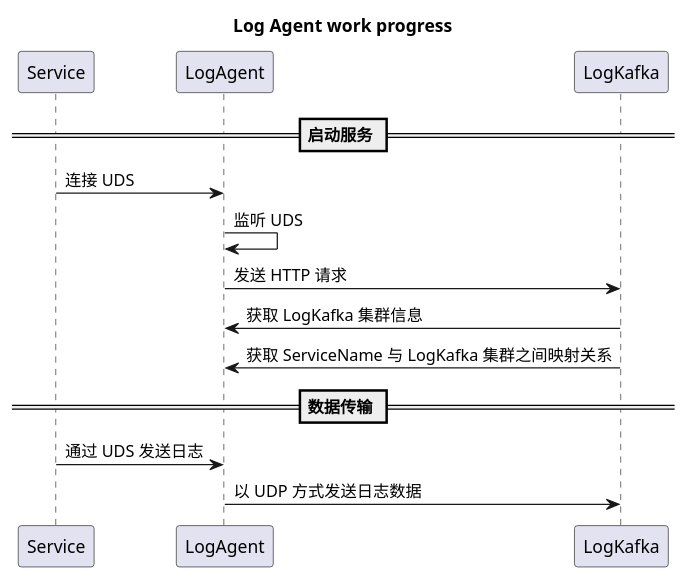
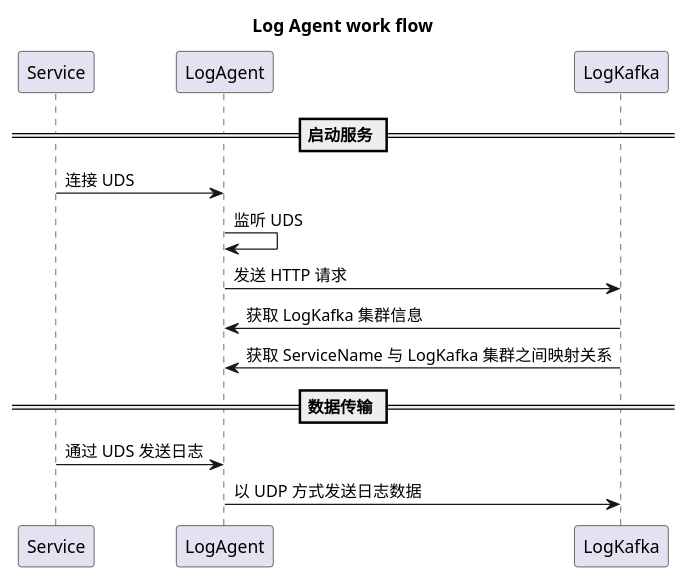
One commit to AlexStocks/alexstocks.github.io changed the diagram in pic/log/log_agent.puml. Above: the diagram before and after it, drawn with PlantUML. The commit also changed 5 other files, not shown here.

Commit message:
Mod: progress -> flow

```diff
--- a/pic/log/log_agent.puml
+++ b/pic/log/log_agent.puml
@@ -1,16 +1,16 @@
 @startuml
-title Log Agent work progress
+title Log Agent work flow
 
 == 启动服务 ==
 
 Service -> LogAgent: 连接 UDS
 LogAgent -> LogAgent: 监听 UDS
 LogAgent -> LogKafka: 发送 HTTP 请求
 LogAgent <- LogKafka: 获取 LogKafka 集群信息
 LogAgent <- LogKafka: 获取 ServiceName 与 LogKafka 集群之间映射关系
 
 == 数据传输 ==
 Service -> LogAgent: 通过 UDS 发送日志
 LogAgent -> LogKafka: 以 UDP 方式发送日志数据
 
 @enduml
```
